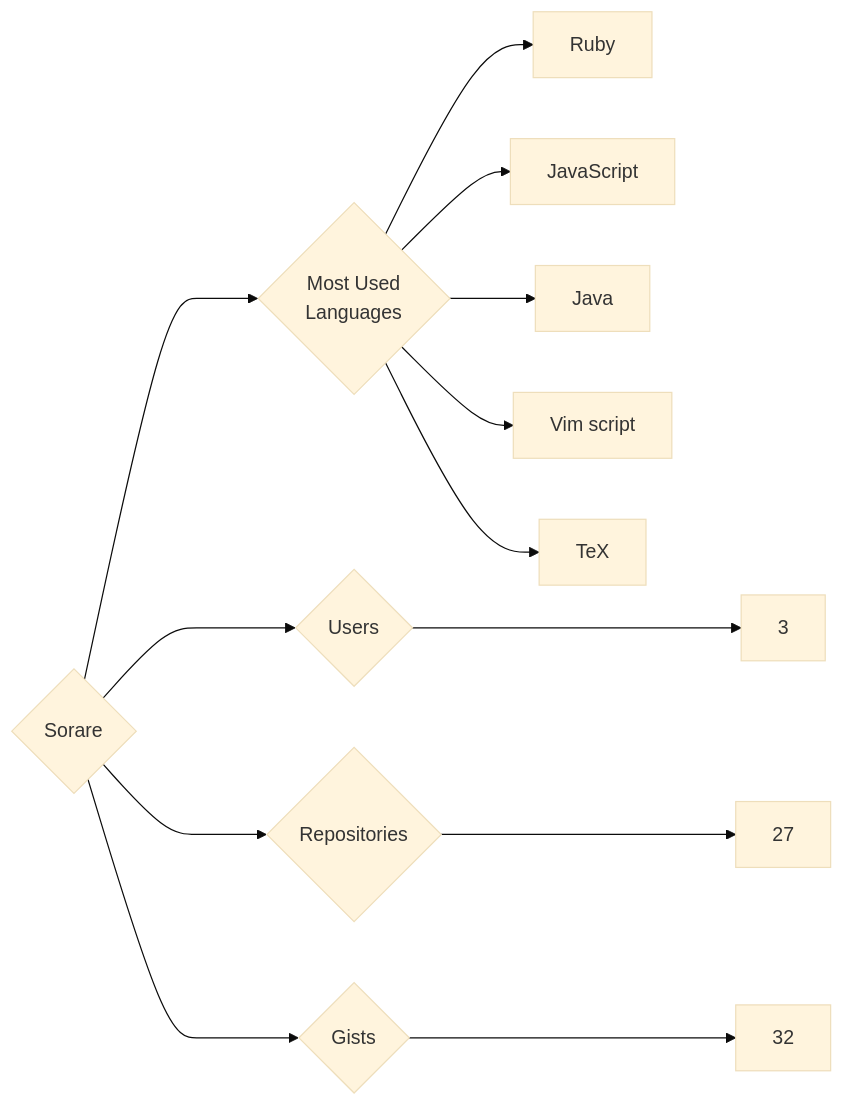
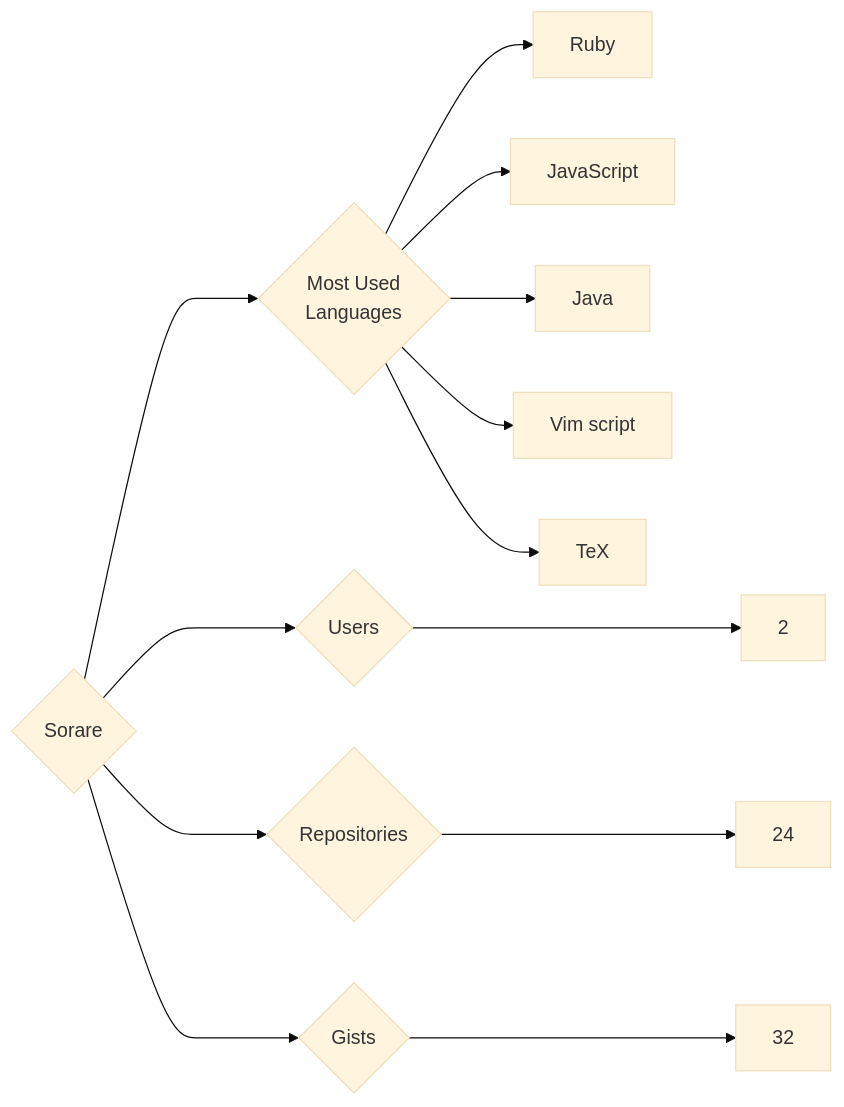
The diagram in targets/Sorare/README.md (trickest/insiders), drawn with Mermaid (base theme) before and after one commit. The commit also changed 770 other files, not shown here.

````diff
--- a/targets/Sorare/README.md
+++ b/targets/Sorare/README.md
@@ -3,13 +3,13 @@
 ```mermaid
 graph LR
 COMPANY_NAME{Sorare}
-COMPANY_NAME ---> U{Users} ---> UN[3]
-COMPANY_NAME ---> R{Repositories} ---> RN[27]
+COMPANY_NAME ---> U{Users} ---> UN[2]
+COMPANY_NAME ---> R{Repositories} ---> RN[24]
 COMPANY_NAME ---> G{Gists} ---> GN[32]
 COMPANY_NAME ---> ML{Most Used<br>Languages}
 ML --> Ruby[Ruby]
 ML --> JavaScript[JavaScript]
 ML --> Java[Java]
 ML --> Vim_script[Vim script]
 ML --> TeX[TeX]
 ```
````
